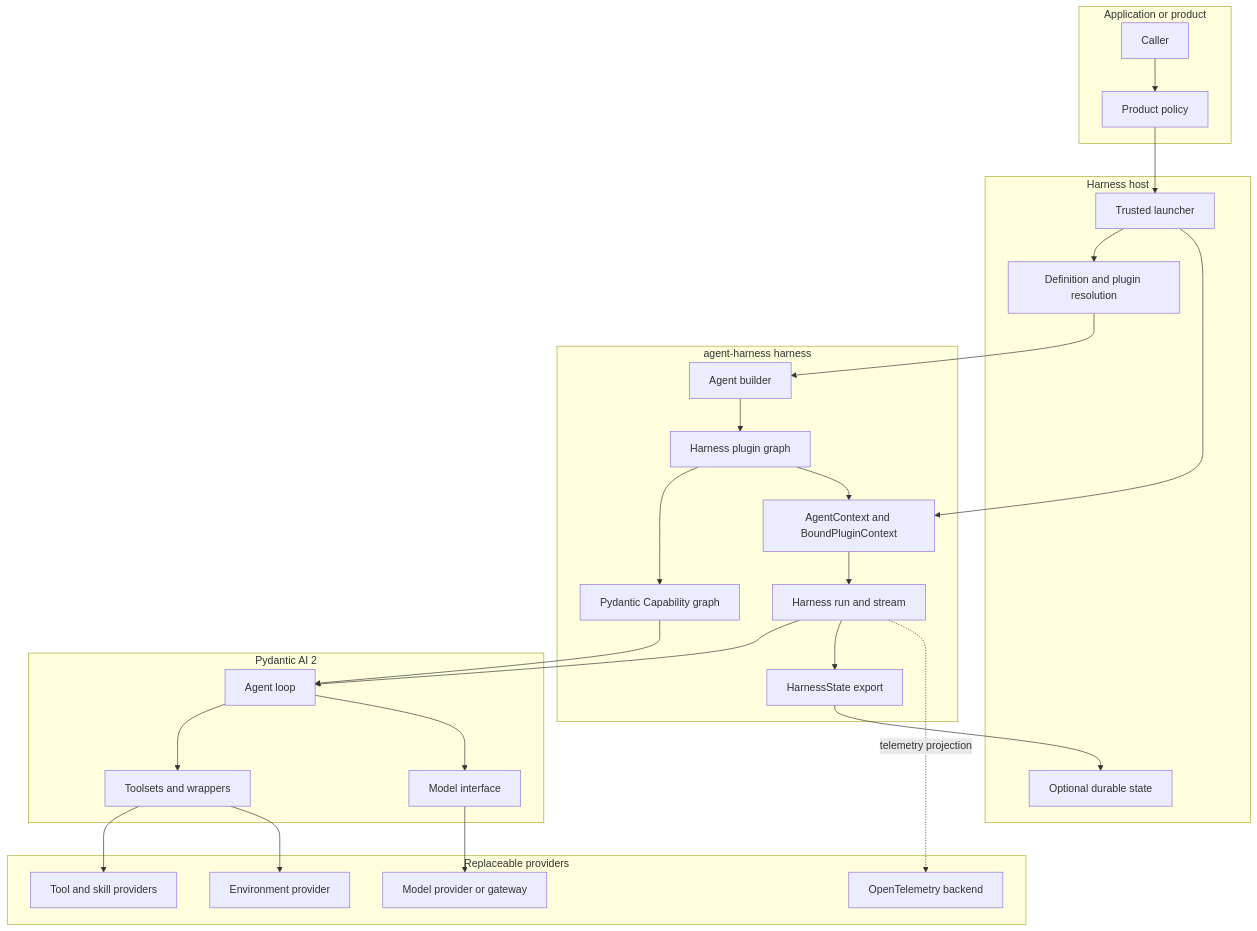
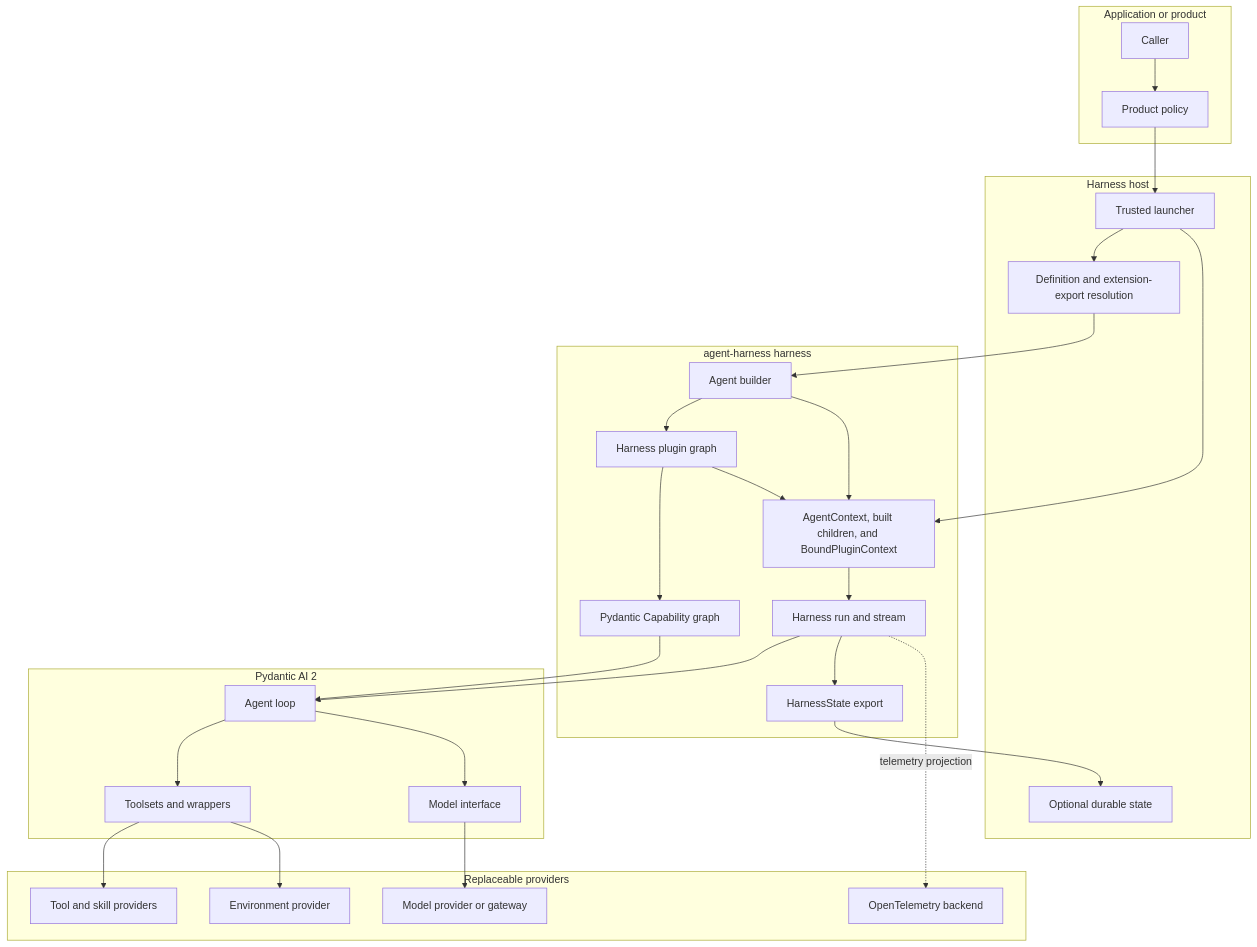
Before and after one commit to LTThreeComma/agent-foundation: the first of 3 diagrams in spec/agent-harness/00-overview.md, drawn with Mermaid. The commit also changed other lines of this file and 19 other files, not shown here.

````diff
--- a/spec/agent-harness/00-overview.md
+++ b/spec/agent-harness/00-overview.md
@@ -29,48 +29,49 @@
 ```mermaid
 flowchart TB
     subgraph Product[Application or product]
         Caller[Caller]
         ProductPolicy[Product policy]
     end
 
     subgraph Host[Harness host]
         Launcher[Trusted launcher]
-        Resolve[Definition and plugin resolution]
+        Resolve[Definition and extension-export resolution]
         HostState[Optional durable state]
     end
 
     subgraph Harness[agent-harness harness]
         Builder[Agent builder]
         Plugins[Harness plugin graph]
-        Context[AgentContext and BoundPluginContext]
+        Context[AgentContext, built children, and BoundPluginContext]
         Capabilities[Pydantic Capability graph]
         Run[Harness run and stream]
         State[HarnessState export]
     end
 
     subgraph Pydantic[Pydantic AI 2]
         Agent[Agent loop]
         Toolsets[Toolsets and wrappers]
         Models[Model interface]
     end
 
     subgraph Providers[Replaceable providers]
         Environment[Environment provider]
         Tools[Tool and skill providers]
         ModelProvider[Model provider or gateway]
         Telemetry[OpenTelemetry backend]
     end
 
     Caller --> ProductPolicy --> Launcher
     Launcher --> Resolve
     Launcher --> Context
     Resolve --> Builder --> Plugins
+    Builder --> Context
     Plugins --> Capabilities --> Agent
     Plugins --> Context --> Run --> Agent
     Agent --> Toolsets
     Agent --> Models --> ModelProvider
     Toolsets --> Tools
     Toolsets --> Environment
     Run --> State --> HostState
     Run -. telemetry projection .-> Telemetry
 ```
````
